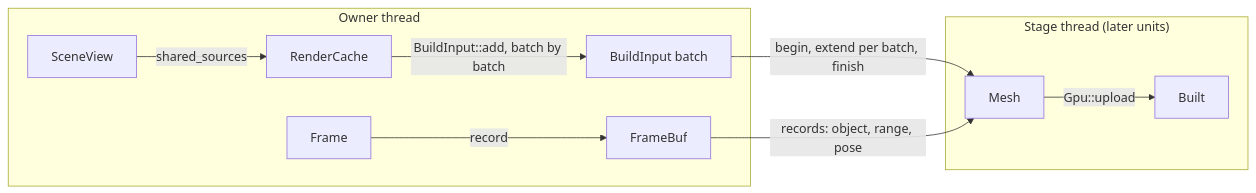
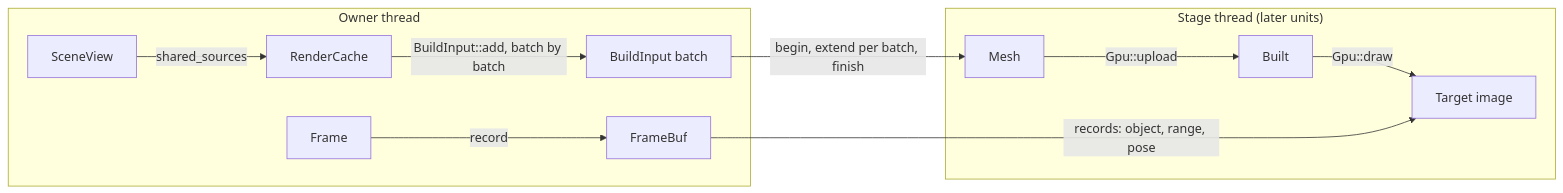
Before and after one commit to labcoder/capsula: the diagram in docs/development/render.md, drawn with Mermaid. The commit also changed other lines of this file and 10 other files, not shown here.

Commit message:
feat(render): draw a frame's pictures into an image

````diff
--- a/docs/development/render.md
+++ b/docs/development/render.md
@@ -45,13 +45,14 @@
 ```mermaid
 flowchart LR
   subgraph owner["Owner thread"]
     view["SceneView"] -->|shared_sources| cache["RenderCache"]
     cache -->|"BuildInput::add, batch by batch"| input["BuildInput batch"]
     frame["Frame"] -->|record| buf["FrameBuf"]
   end
   subgraph stage["Stage thread (later units)"]
     mesh["Mesh"] -->|"Gpu::upload"| built["Built"]
+    built -->|"Gpu::draw"| target["Target image"]
   end
   input -->|"begin, extend per batch, finish"| mesh
-  buf -->|"records: object, range, pose"| mesh
+  buf -->|"records: object, range, pose"| target
 ```
````
